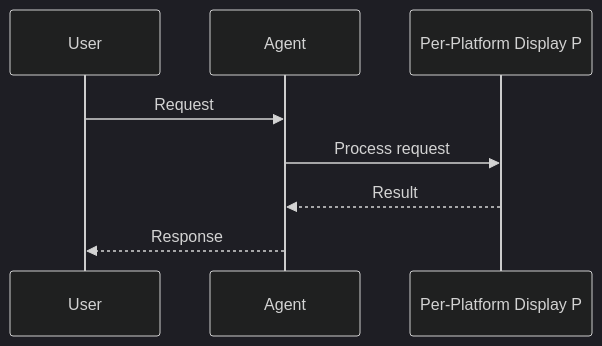
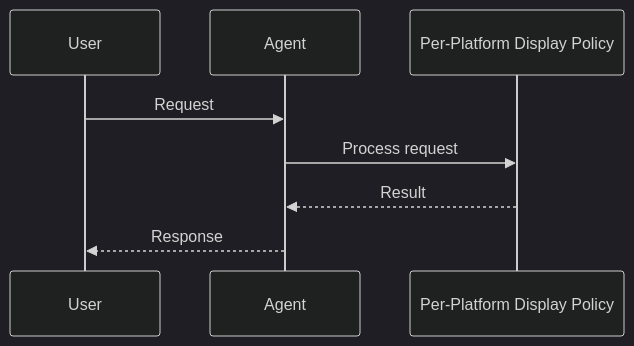
The fifth of 7 diagrams in docs/features/display-policy.mdx (MervinPraison/PraisonAIDocs), drawn with Mermaid (dark theme) before and after one commit. The commit also changed other lines of this file and 45 other files, not shown here.

First line of the commit message:
docs: fix truncated Mermaid diagram feature names (22-char cutoff)

````diff
--- a/docs/features/display-policy.mdx
+++ b/docs/features/display-policy.mdx
@@ -171,11 +171,11 @@
 ```mermaid
 sequenceDiagram
     participant User
     participant Agent
-    participant Feature as Per-Platform Display P
+    participant Feature as Per-Platform Display Policy
 
     User->>Agent: Request
     Agent->>Feature: Process request
     Feature-->>Agent: Result
     Agent-->>User: Response
 ```
````
